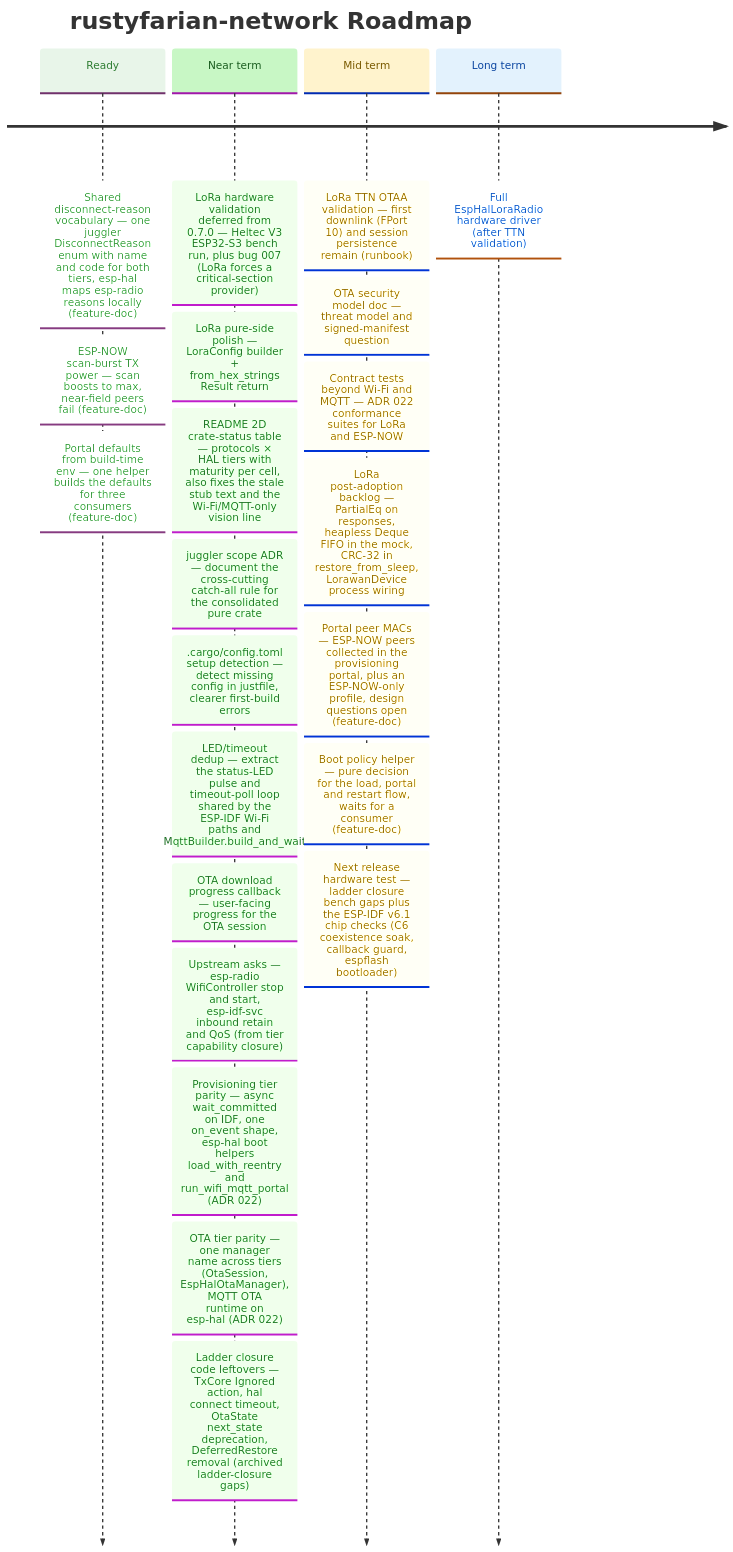
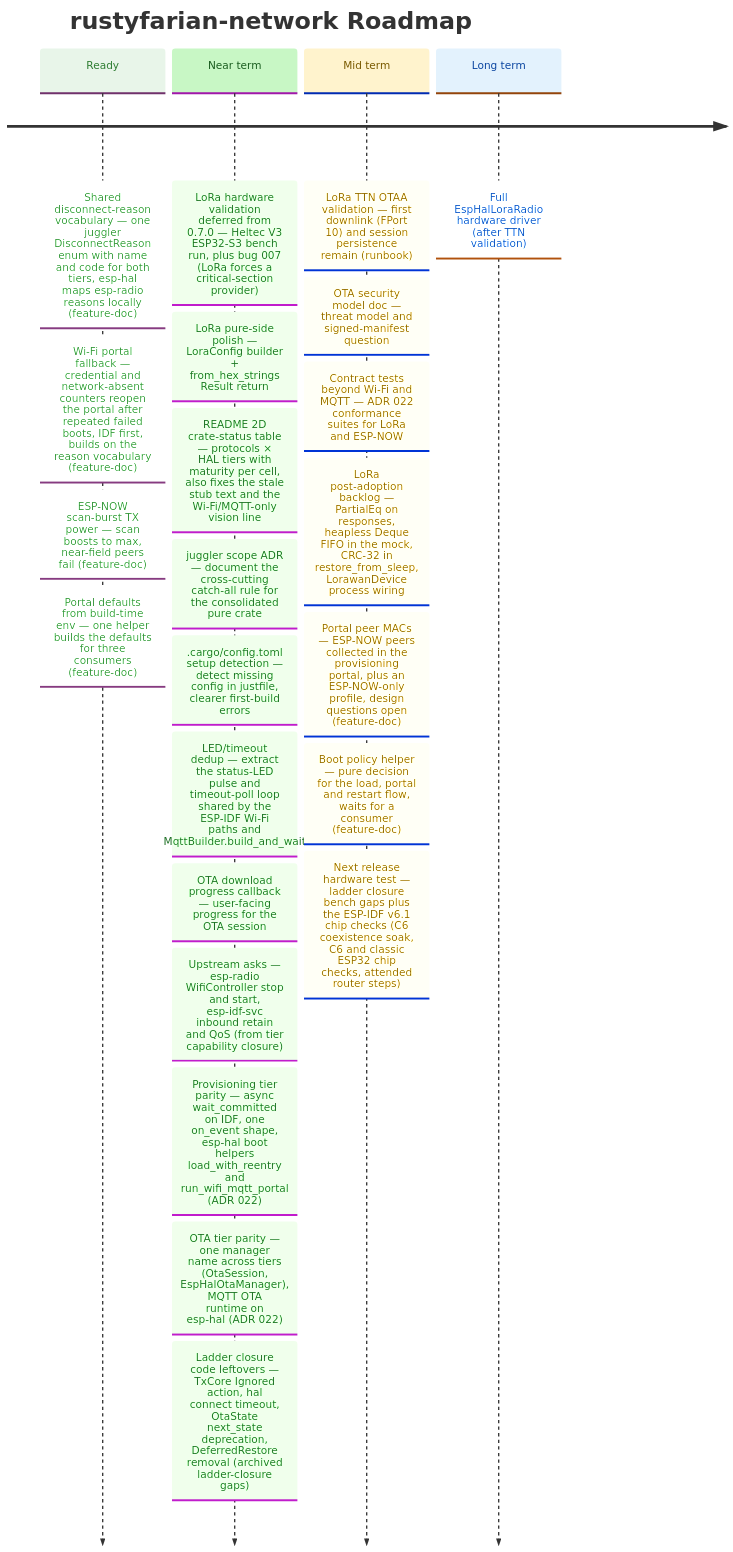
One commit to datenkollektiv/rustyfarian-network changed the diagram in docs/ROADMAP.md. Above: the diagram before and after it, drawn with Mermaid. The commit also changed 1 other file, not shown here.

Commit message:
Agree on portal fallback

````diff
--- a/docs/ROADMAP.md
+++ b/docs/ROADMAP.md
@@ -16,43 +16,44 @@
 ```mermaid
 %%{init: {
   "theme": "base",
   "themeVariables": {
     "cScale0": "#e8f5e9",
     "cScaleLabel0": "#2e7d32",
     "cScale1": "#c8f7c5",
     "cScaleLabel1": "#1b5e20",
     "cScale2": "#fff3cd",
     "cScaleLabel2": "#7a5a00",
     "cScale3": "#e3f2fd",
     "cScaleLabel3": "#0d47a1"
   }
 }}%%
 
 timeline
     title rustyfarian-network Roadmap
 
     Ready     : Shared disconnect-reason vocabulary — one juggler DisconnectReason enum with name and code for both tiers, esp-hal maps esp-radio reasons locally (feature-doc)
+              : Wi-Fi portal fallback — credential and network-absent counters reopen the portal after repeated failed boots, IDF first, builds on the reason vocabulary (feature-doc)
               : ESP-NOW scan-burst TX power — scan boosts to max, near-field peers fail (feature-doc)
               : Portal defaults from build-time env — one helper builds the defaults for three consumers (feature-doc)
     Near term : LoRa hardware validation deferred from 0.7.0 — Heltec V3 ESP32-S3 bench run, plus bug 007 (LoRa forces a critical-section provider)
               : LoRa pure-side polish — LoraConfig builder + from_hex_strings Result return
               : README 2D crate-status table — protocols × HAL tiers with maturity per cell, also fixes the stale stub text and the Wi-Fi/MQTT-only vision line
               : juggler scope ADR — document the cross-cutting catch-all rule for the consolidated pure crate
               : .cargo/config.toml setup detection — detect missing config in justfile, clearer first-build errors
               : LED/timeout dedup — extract the status-LED pulse and timeout-poll loop shared by the ESP-IDF Wi-Fi paths and MqttBuilder.build_and_wait
               : OTA download progress callback — user-facing progress for the OTA session
               : Upstream asks — esp-radio WifiController stop and start, esp-idf-svc inbound retain and QoS (from tier capability closure)
               : Provisioning tier parity — async wait_committed on IDF, one on_event shape, esp-hal boot helpers load_with_reentry and run_wifi_mqtt_portal (ADR 022)
               : OTA tier parity — one manager name across tiers (OtaSession, EspHalOtaManager), MQTT OTA runtime on esp-hal (ADR 022)
               : Ladder closure code leftovers — TxCore Ignored action, hal connect timeout, OtaState next_state deprecation, DeferredRestore removal (archived ladder-closure gaps)
 
     Mid term  : LoRa TTN OTAA validation — first downlink (FPort 10) and session persistence remain (runbook)
               : OTA security model doc — threat model and signed-manifest question
               : Contract tests beyond Wi-Fi and MQTT — ADR 022 conformance suites for LoRa and ESP-NOW
               : LoRa post-adoption backlog — PartialEq on responses, heapless Deque FIFO in the mock, CRC-32 in restore_from_sleep, LorawanDevice process wiring
               : Portal peer MACs — ESP-NOW peers collected in the provisioning portal, plus an ESP-NOW-only profile, design questions open (feature-doc)
               : Boot policy helper — pure decision for the load, portal and restart flow, waits for a consumer (feature-doc)
-              : Next release hardware test — ladder closure bench gaps plus the ESP-IDF v6.1 chip checks (C6 coexistence soak, callback guard, espflash bootloader)
+              : Next release hardware test — ladder closure bench gaps plus the ESP-IDF v6.1 chip checks (C6 coexistence soak, C6 and classic ESP32 chip checks, attended router steps)
 
     Long term : Full EspHalLoraRadio hardware driver (after TTN validation)
 ```
````
